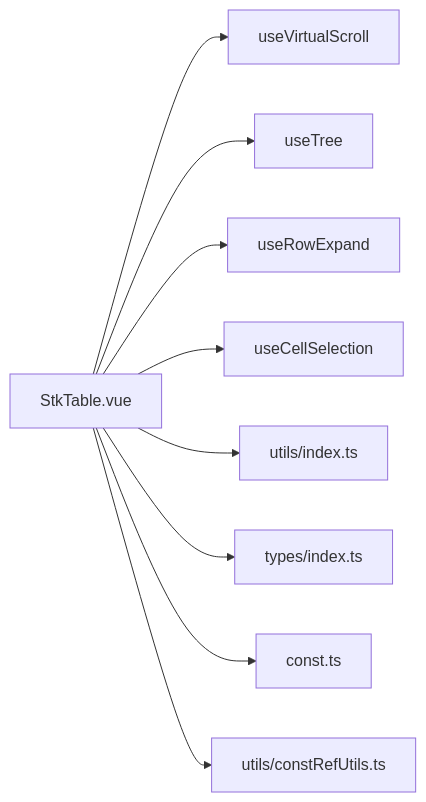
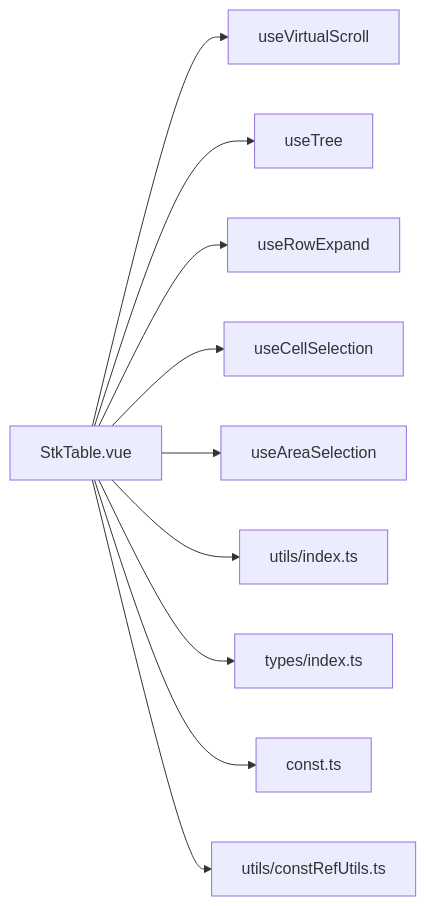
Before and after one commit to ja-plus/stk-table-vue: the eighth of 8 diagrams in .qoder/repowiki/en/content/Core Concepts/Data Binding and Reactive Architecture.md, drawn with Mermaid. The commit also changed other lines of this file and 4 other files, not shown here.

````diff
--- a/.qoder/repowiki/en/content/Core Concepts/Data Binding and Reactive Architecture.md
+++ b/.qoder/repowiki/en/content/Core Concepts/Data Binding and Reactive Architecture.md
@@ -328,20 +368,22 @@
 ```mermaid
 graph LR
 STK["StkTable.vue"]
 VIRT["useVirtualScroll"]
 TREE["useTree"]
 ROWEXP["useRowExpand"]
 CELLSEL["useCellSelection"]
+AREASEL["useAreaSelection"]
 UTILS["utils/index.ts"]
 TYPES["types/index.ts"]
 CONST["const.ts"]
 CREF["utils/constRefUtils.ts"]
 STK --> VIRT
 STK --> TREE
 STK --> ROWEXP
 STK --> CELLSEL
+STK --> AREASEL
 STK --> UTILS
 STK --> TYPES
 STK --> CONST
 STK --> CREF
 ```
````
